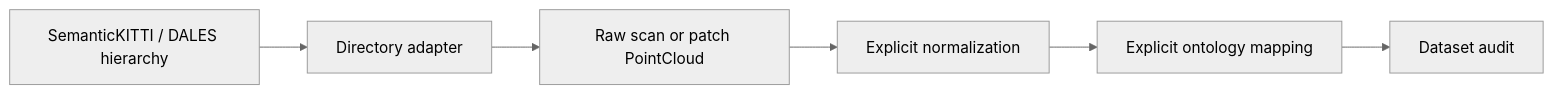
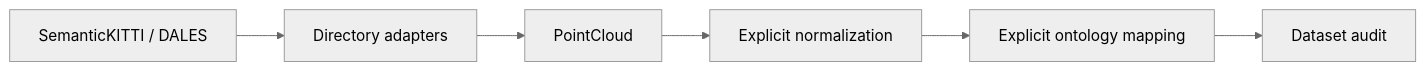
One commit to muhammadmahadazher/laserperception changed the third of 3 diagrams in docs/ARCHITECTURE.md. Above: the diagram before and after it, drawn with Mermaid (neutral theme). The commit also changed other lines of this file and 20 other files, not shown here.

````diff
--- a/docs/ARCHITECTURE.md
+++ b/docs/ARCHITECTURE.md
@@ -70,8 +85,8 @@
 ```mermaid
 flowchart LR
-    J["SemanticKITTI / DALES hierarchy"] --> K["Directory adapter"]
-    K --> L["Raw scan or patch PointCloud"]
-    L --> M["Explicit normalization"]
-    M --> N["Explicit ontology mapping"]
-    N --> O["Dataset audit"]
+    A["SemanticKITTI / DALES"] --> B["Directory adapters"]
+    B --> C["PointCloud"]
+    C --> D["Explicit normalization"]
+    D --> E["Explicit ontology mapping"]
+    E --> F["Dataset audit"]
 ```
````
